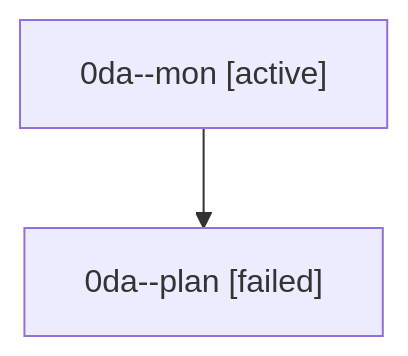
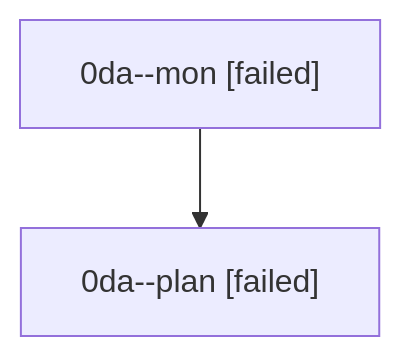
One commit to sase-org/sase--agents changed the diagram in sessions/bbugyi200.athena.0da.md. Above: the diagram before and after it, drawn with Mermaid. The commit also changed other lines of this file and 6 other files, not shown here.

````diff
--- a/sessions/bbugyi200.athena.0da.md
+++ b/sessions/bbugyi200.athena.0da.md
@@ -9,6 +9,6 @@
 ```mermaid
 flowchart TD
-  n0["0da--mon [active]"]
+  n0["0da--mon [failed]"]
   n1["0da--plan [failed]"]
   n0 --> n1
 ```
````
